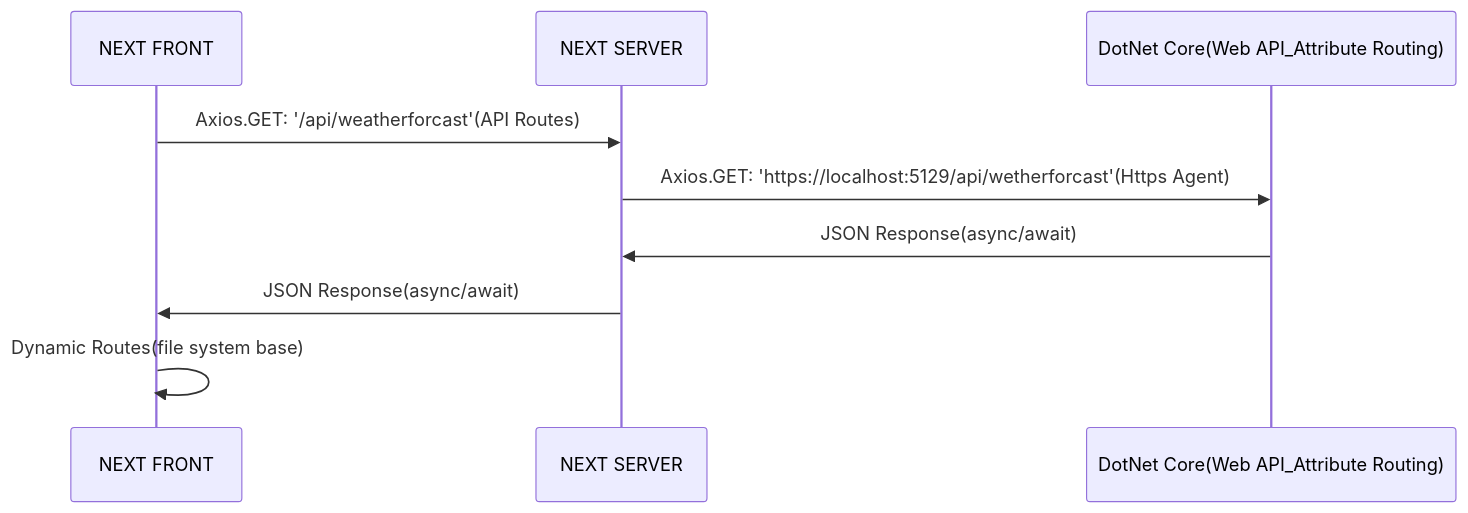
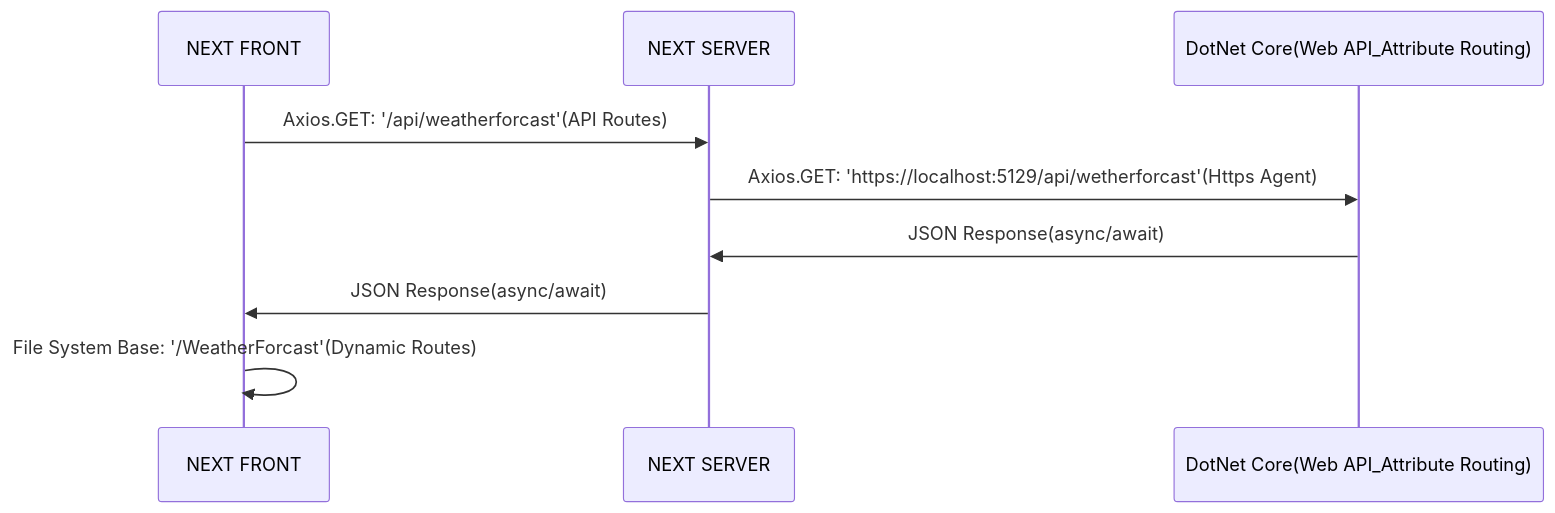
Before and after one commit to popCain/reactLearn: the diagram in dotNetNextCommunication.md, drawn with Mermaid.

````diff
--- a/dotNetNextCommunication.md
+++ b/dotNetNextCommunication.md
@@ -1,11 +1,11 @@
 ```mermaid
 sequenceDiagram
     participant NEXT FRONT
     participant NEXT SERVER
     participant DotNet Core(Web API_Attribute Routing)
     NEXT FRONT->>NEXT SERVER: Axios.GET: '/api/weatherforcast'(API Routes)
     NEXT SERVER->>DotNet Core(Web API_Attribute Routing): Axios.GET: 'https://localhost:5129/api/wetherforcast'(Https Agent)
     DotNet Core(Web API_Attribute Routing)->>NEXT SERVER: JSON Response(async/await)
     NEXT SERVER->>NEXT FRONT: JSON Response(async/await)
-    NEXT FRONT->>NEXT FRONT: Dynamic Routes(file system base)
+    NEXT FRONT->>NEXT FRONT: File System Base: '/WeatherForcast'(Dynamic Routes)
 ```
````
